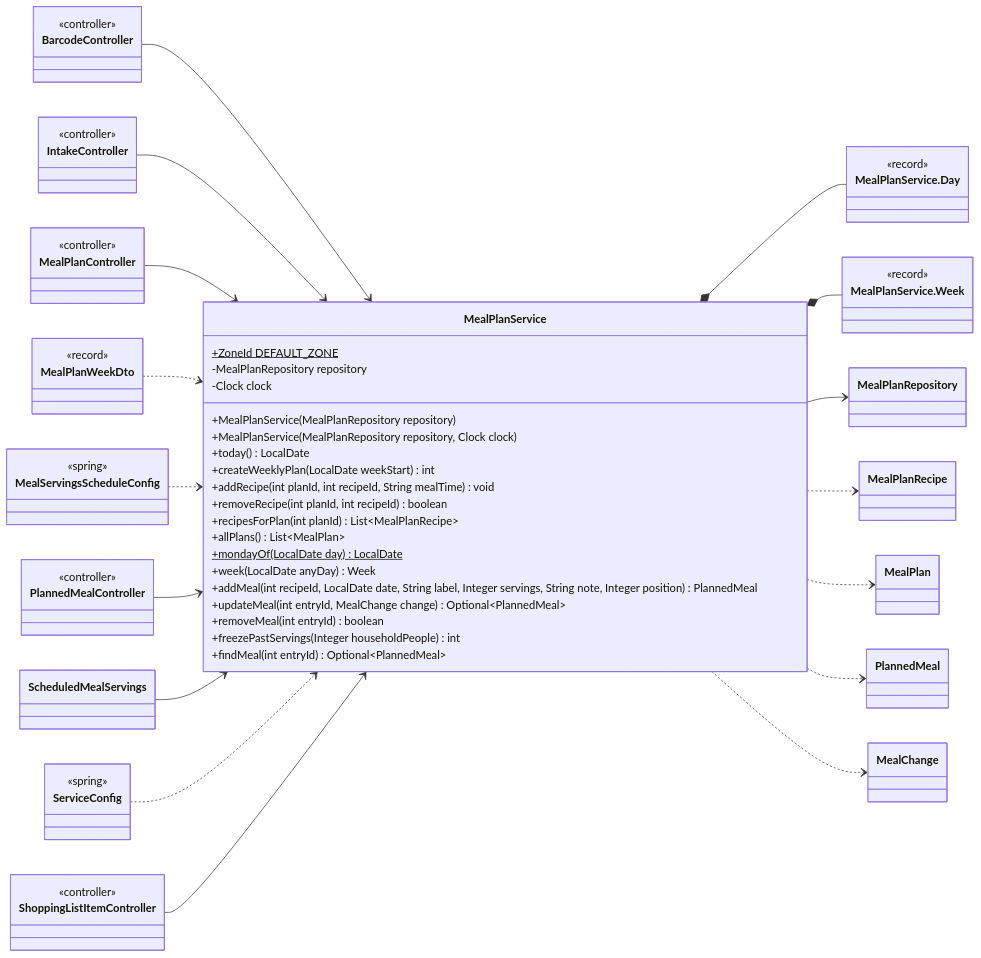
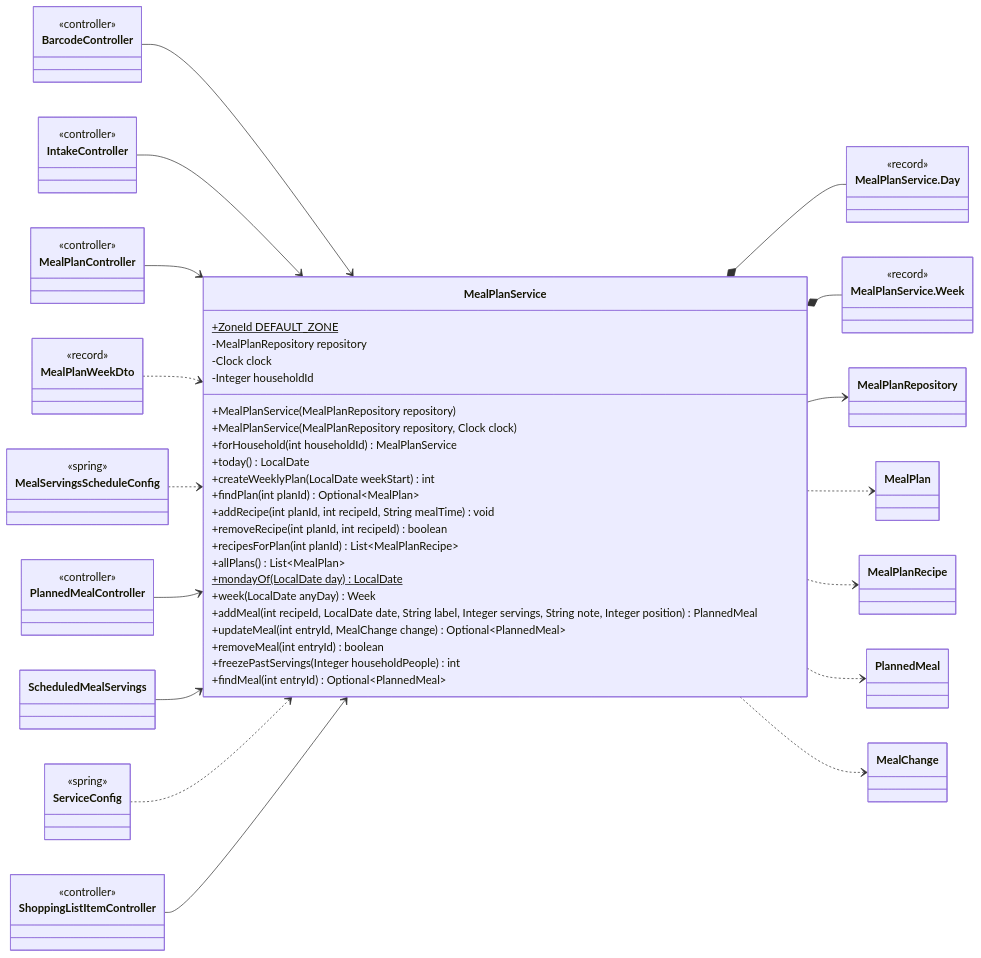
The sixth of 26 diagrams in docs/classes/mealplanner.md (Nate-ryan-7690/dahaem), drawn with Mermaid before and after one commit. The commit also changed other lines of this file and 4 other files, not shown here.

````diff
--- a/docs/classes/mealplanner.md
+++ b/docs/classes/mealplanner.md
@@ -368,76 +374,79 @@
 ```mermaid
 classDiagram
     direction LR
     class mealplanner_MealPlanService["MealPlanService"] {
         +ZoneId DEFAULT_ZONE$
         -MealPlanRepository repository
         -Clock clock
+        -Integer householdId
         +MealPlanService(MealPlanRepository repository)
         +MealPlanService(MealPlanRepository repository, Clock clock)
+        +forHousehold(int householdId) MealPlanService
         +today() LocalDate
         +createWeeklyPlan(LocalDate weekStart) int
+        +findPlan(int planId) Optional~MealPlan~
         +addRecipe(int planId, int recipeId, String mealTime) void
         +removeRecipe(int planId, int recipeId) boolean
         +recipesForPlan(int planId) List~MealPlanRecipe~
         +allPlans() List~MealPlan~
         +mondayOf(LocalDate day) LocalDate$
         +week(LocalDate anyDay) Week
         +addMeal(int recipeId, LocalDate date, String label, Integer servings, String note, Integer position) PlannedMeal
         +updateMeal(int entryId, MealChange change) Optional~PlannedMeal~
         +removeMeal(int entryId) boolean
         +freezePastServings(Integer householdPeople) int
         +findMeal(int entryId) Optional~PlannedMeal~
     }
     class mealplanner_MealPlanService_Day["MealPlanService.Day"] {
         <<record>>
     }
     class mealplanner_MealPlanService_Week["MealPlanService.Week"] {
         <<record>>
     }
     class mealplanner_MealPlanRepository["MealPlanRepository"]
     class api_BarcodeController["BarcodeController"] {
         <<controller>>
     }
     class api_IntakeController["IntakeController"] {
         <<controller>>
     }
     class api_MealPlanController["MealPlanController"] {
         <<controller>>
     }
     class api_PlannedMealController["PlannedMealController"] {
         <<controller>>
     }
     class api_ScheduledMealServings["ScheduledMealServings"]
     class api_ShoppingListItemController["ShoppingListItemController"] {
         <<controller>>
     }
+    class mealplanner_MealPlan["MealPlan"]
     class mealplanner_MealPlanRecipe["MealPlanRecipe"]
-    class mealplanner_MealPlan["MealPlan"]
     class mealplanner_PlannedMeal["PlannedMeal"]
     class mealplanner_MealChange["MealChange"]
     class api_MealPlanWeekDto["MealPlanWeekDto"] {
         <<record>>
     }
     class api_MealServingsScheduleConfig["MealServingsScheduleConfig"] {
         <<spring>>
     }
     class api_ServiceConfig["ServiceConfig"] {
         <<spring>>
     }
     mealplanner_MealPlanService *-- mealplanner_MealPlanService_Day
     mealplanner_MealPlanService *-- mealplanner_MealPlanService_Week
     mealplanner_MealPlanService --> mealplanner_MealPlanRepository
+    mealplanner_MealPlanService ..> mealplanner_MealPlan
     mealplanner_MealPlanService ..> mealplanner_MealPlanRecipe
-    mealplanner_MealPlanService ..> mealplanner_MealPlan
     mealplanner_MealPlanService ..> mealplanner_PlannedMeal
     mealplanner_MealPlanService ..> mealplanner_MealChange
     api_BarcodeController --> mealplanner_MealPlanService
     api_IntakeController --> mealplanner_MealPlanService
     api_MealPlanController --> mealplanner_MealPlanService
     api_MealPlanWeekDto ..> mealplanner_MealPlanService
     api_MealServingsScheduleConfig ..> mealplanner_MealPlanService
     api_PlannedMealController --> mealplanner_MealPlanService
     api_ScheduledMealServings --> mealplanner_MealPlanService
     api_ServiceConfig ..> mealplanner_MealPlanService
     api_ShoppingListItemController --> mealplanner_MealPlanService
 ```
````
